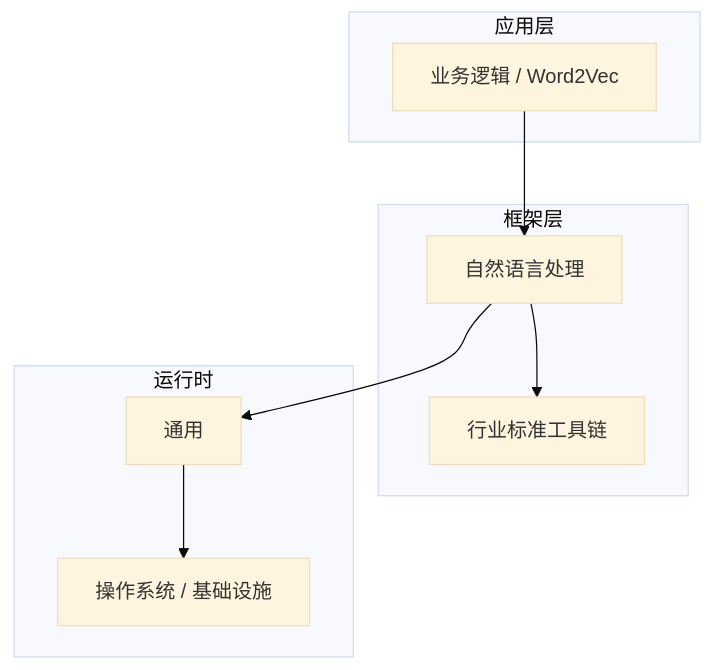
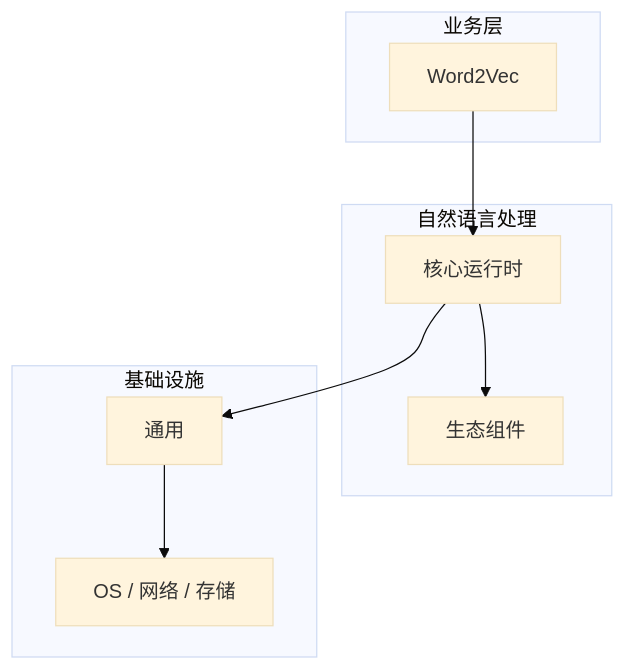
The diagram in articles/自然语言处理/chapters/025-Word2Vec核心概念与原理.md (yanggan2015/knowledge-json-v2), drawn with Mermaid (base theme) before and after one commit. The commit also changed other lines of this file and 10127 other files, not shown here.

````diff
--- a/articles/自然语言处理/chapters/025-Word2Vec核心概念与原理.md
+++ b/articles/自然语言处理/chapters/025-Word2Vec核心概念与原理.md
@@ -45,18 +30,18 @@
 ```mermaid
 graph TB
-    subgraph 应用层
-        A[业务逻辑 / Word2Vec]
+    subgraph 业务层
+        A[Word2Vec]
     end
-    subgraph 框架层
-        B[自然语言处理]
-        C[行业标准工具链]
+    subgraph 自然语言处理
+        B[核心运行时]
+        C[生态组件]
     end
-    subgraph 运行时
+    subgraph 基础设施
         D[通用]
-        E[操作系统 / 基础设施]
+        E[OS / 网络 / 存储]
     end
     A --> B
     B --> C
     B --> D
     D --> E
 ```
````
